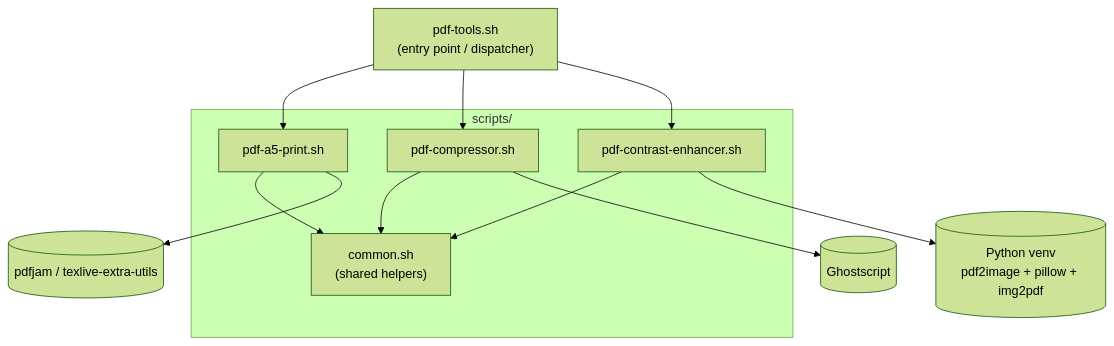
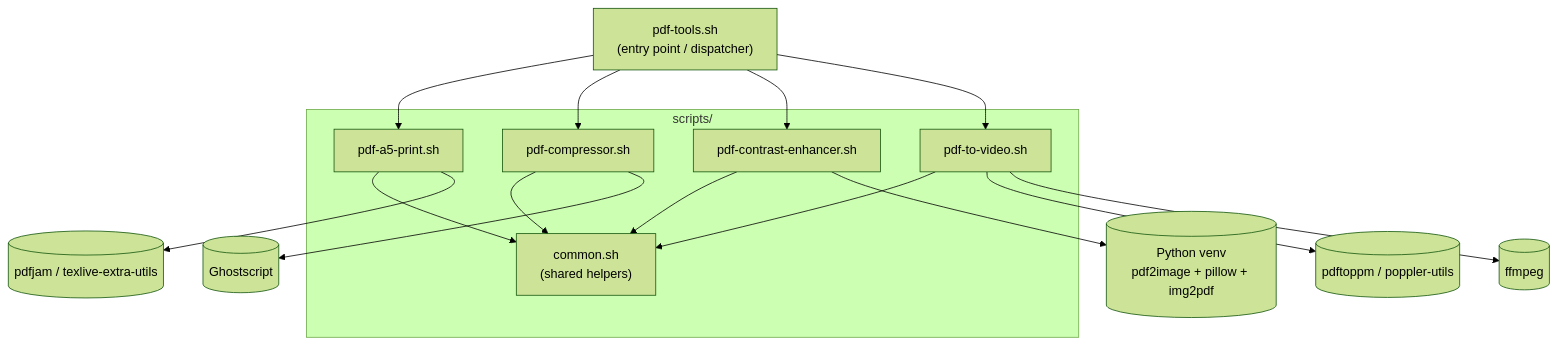
Before and after one commit to oleksiisedun/pdf-tools: the diagram in CLAUDE.md, drawn with Mermaid (forest theme). The commit also changed other lines of this file, not shown here.

First line of the commit message:
Document pdf-to-video tool in CLAUDE.md

````diff
--- a/CLAUDE.md
+++ b/CLAUDE.md
@@ -28,23 +29,28 @@
 ```mermaid
 graph TD
   Menu["pdf-tools.sh\n(entry point / dispatcher)"]
 
   subgraph Scripts["scripts/"]
     Common["common.sh\n(shared helpers)"]
     A5["pdf-a5-print.sh"]
     Compressor["pdf-compressor.sh"]
     Contrast["pdf-contrast-enhancer.sh"]
+    ToVideo["pdf-to-video.sh"]
   end
 
   Menu --> A5
   Menu --> Compressor
   Menu --> Contrast
+  Menu --> ToVideo
 
   A5 --> Common
   Compressor --> Common
   Contrast --> Common
+  ToVideo --> Common
 
   A5 --> Pdfjam[("pdfjam / texlive-extra-utils")]
   Compressor --> Ghostscript[("Ghostscript")]
   Contrast --> Venv[("Python venv\npdf2image + pillow + img2pdf")]
+  ToVideo --> Pdftoppm[("pdftoppm / poppler-utils")]
+  ToVideo --> Ffmpeg[("ffmpeg")]
 ```
````
